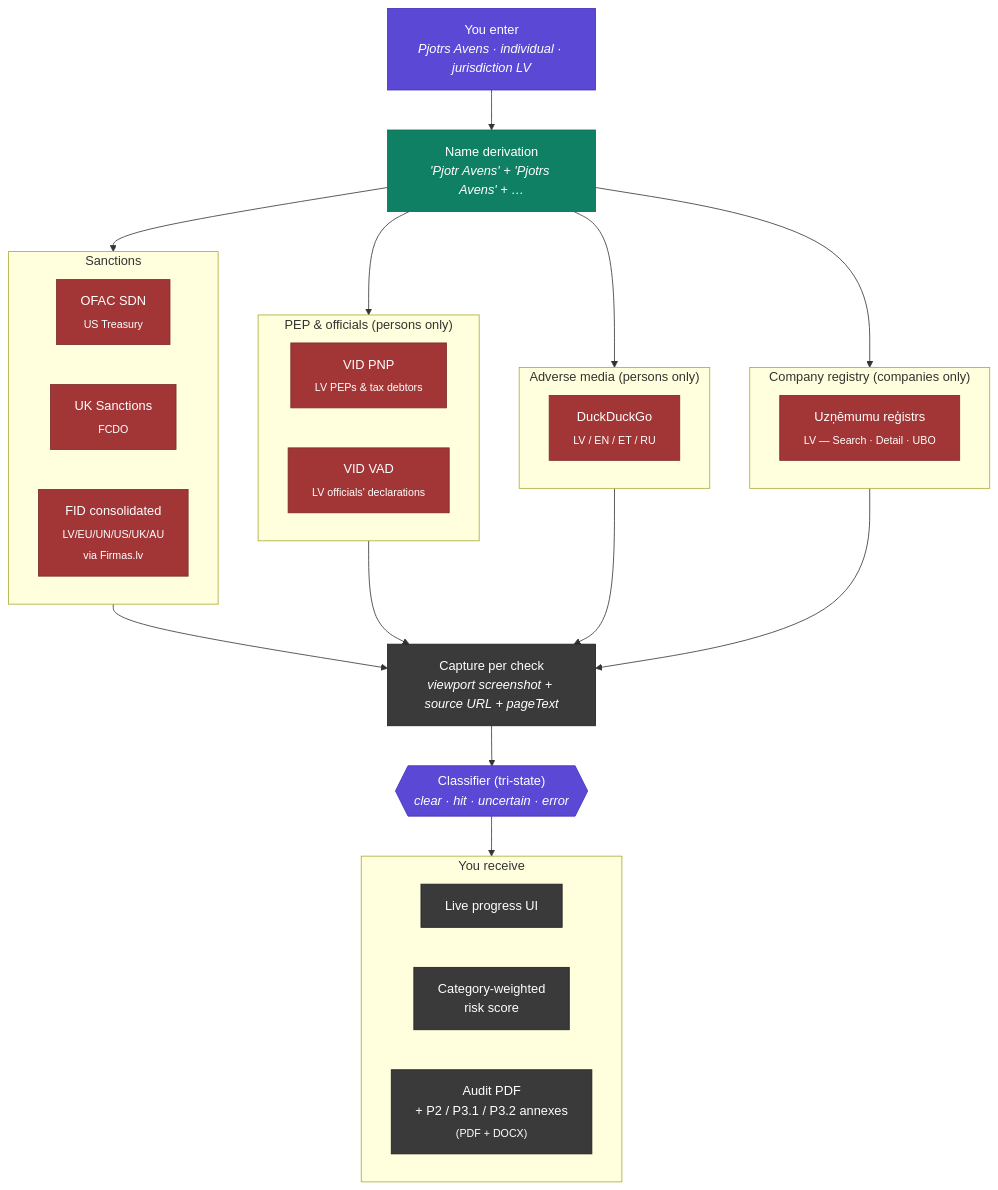
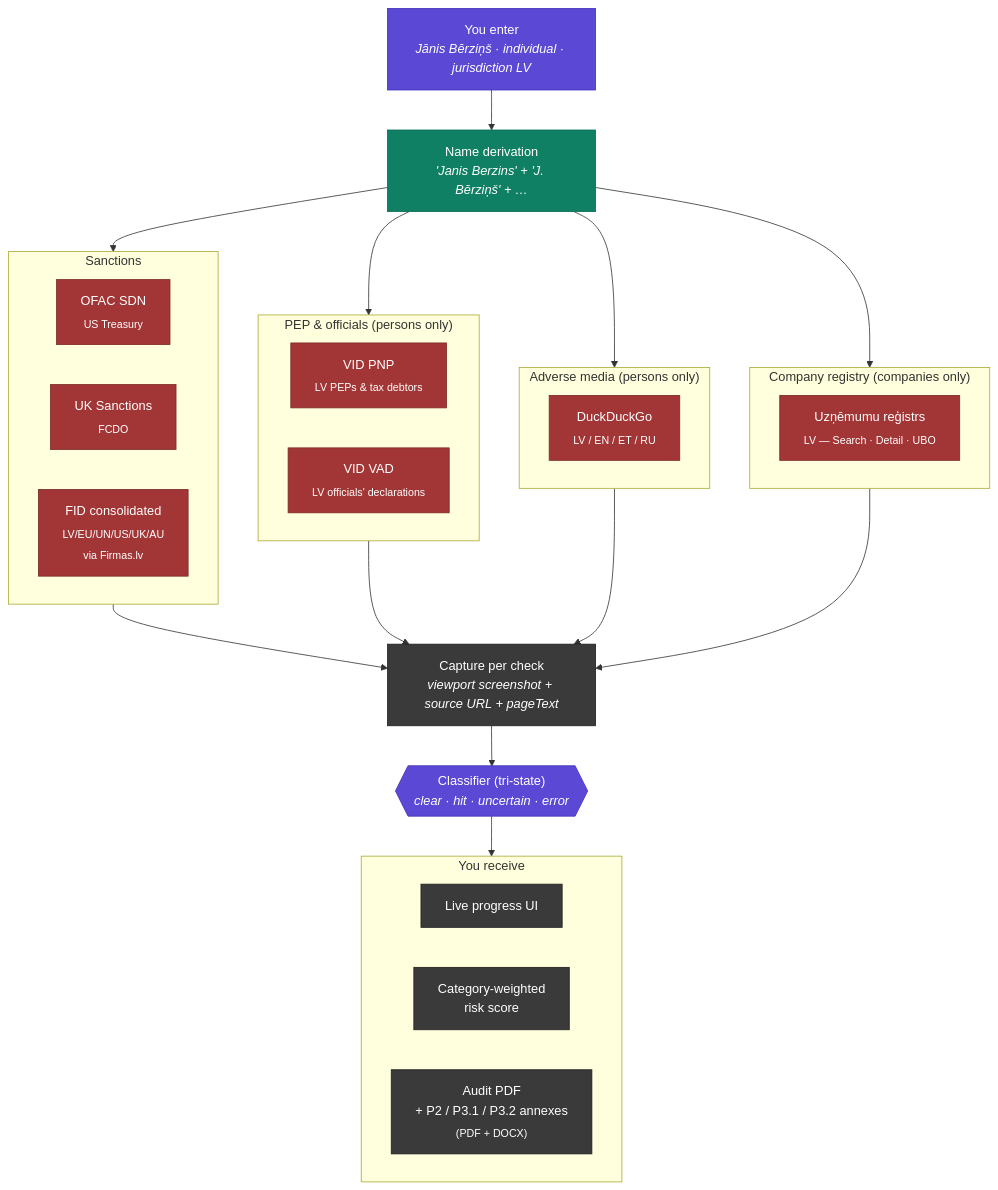
Before and after one commit to SigvardsK/klirs: the first of 3 diagrams in README.md, drawn with Mermaid. The commit also changed other lines of this file and 1 other file, not shown here.

First line of the commit message:
Sprint 2 Tue — README persona swap: Pjotrs Avens → Jānis Bērziņš (#9)

````diff
--- a/README.md
+++ b/README.md
@@ -106,57 +106,57 @@
 ```mermaid
 flowchart TD
-    Input["You enter<br/><i>Pjotrs Avens · individual · jurisdiction LV</i>"]:::input
-    Derive["Name derivation<br/><i>'Pjotr Avens' + 'Pjotrs Avens' + …</i>"]:::derive
+    Input["You enter<br/><i>Jānis Bērziņš · individual · jurisdiction LV</i>"]:::input
+    Derive["Name derivation<br/><i>'Janis Berzins' + 'J. Bērziņš' + …</i>"]:::derive
 
     Input --> Derive
     Derive --> Sanctions
     Derive --> PEP
     Derive --> Media
     Derive --> Registry
 
     subgraph Sanctions ["Sanctions"]
       OFAC["OFAC SDN<br/><sub>US Treasury</sub>"]:::sanc
       UK["UK Sanctions<br/><sub>FCDO</sub>"]:::sanc
       FID["FID consolidated<br/><sub>LV/EU/UN/US/UK/AU<br/>via Firmas.lv</sub>"]:::sanc
     end
 
     subgraph PEP ["PEP &amp; officials (persons only)"]
       VIDP["VID PNP<br/><sub>LV PEPs &amp; tax debtors</sub>"]:::pep
       VIDV["VID VAD<br/><sub>LV officials' declarations</sub>"]:::pep
     end
 
     subgraph Media ["Adverse media (persons only)"]
       DDG["DuckDuckGo<br/><sub>LV / EN / ET / RU</sub>"]:::media
     end
 
     subgraph Registry ["Company registry (companies only)"]
       UR["Uzņēmumu reģistrs<br/><sub>LV — Search · Detail · UBO</sub>"]:::reg
     end
 
     Sanctions --> Capture
     PEP --> Capture
     Media --> Capture
     Registry --> Capture
 
     Capture["Capture per check<br/><i>viewport screenshot + source URL + pageText</i>"]:::capture
     Capture --> Classify
 
     Classify{{"Classifier (tri-state)<br/><i>clear · hit · uncertain · error</i>"}}:::classify
     Classify --> Out
 
     subgraph Out ["You receive"]
       Live["Live progress UI"]:::out
       Risk["Category-weighted<br/>risk score"]:::out
       PDF["Audit PDF<br/>+ P2 / P3.1 / P3.2 annexes<br/><sub>(PDF + DOCX)</sub>"]:::out
     end
 
     classDef input fill:#5b48d4,stroke:#4032b8,color:#fff
     classDef derive fill:#0f8064,stroke:#0a6b53,color:#fff
     classDef sanc fill:#a23636,stroke:#7a2929,color:#fff
     classDef pep fill:#a23636,stroke:#7a2929,color:#fff
     classDef media fill:#a23636,stroke:#7a2929,color:#fff
     classDef reg fill:#a23636,stroke:#7a2929,color:#fff
     classDef capture fill:#3a3a3a,stroke:#1f1f1f,color:#fff
     classDef classify fill:#5b48d4,stroke:#4032b8,color:#fff
     classDef out fill:#3a3a3a,stroke:#1f1f1f,color:#fff
 ```
````
